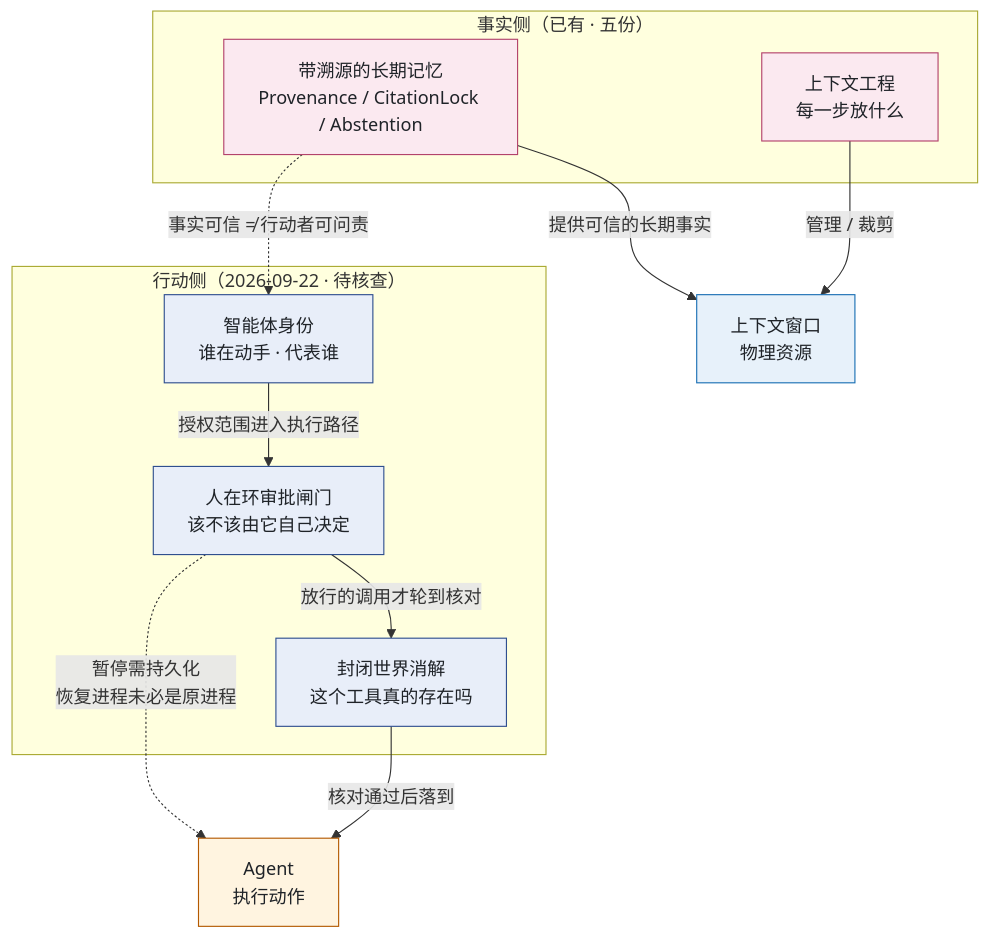
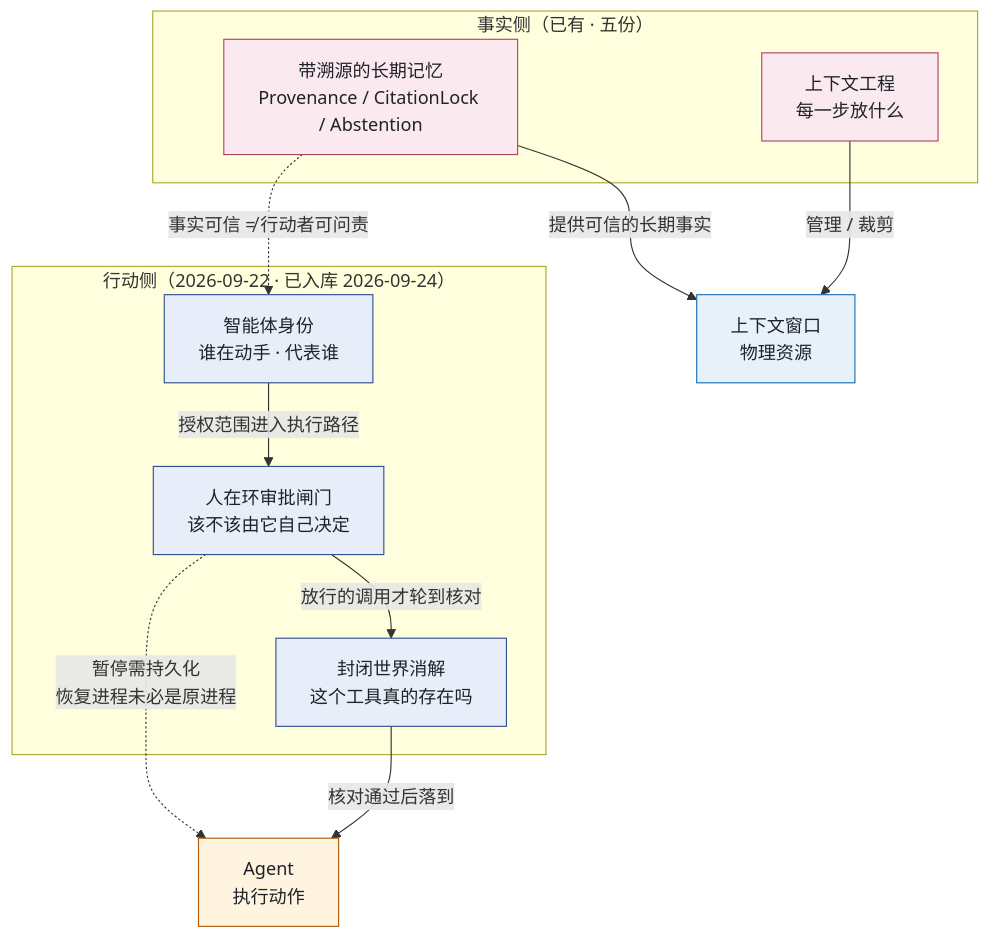
The sixth of 6 diagrams in concept-relationship.md (ohh0525/silent-madman), drawn with Mermaid before and after one commit. The commit also changed 17 other files, not shown here.

````diff
--- a/concept-relationship.md
+++ b/concept-relationship.md
@@ -309,32 +309,32 @@
 ```mermaid
 flowchart TB
     subgraph Fact["事实侧（已有 · 五份）"]
         PM["带溯源的长期记忆<br/>Provenance / CitationLock / Abstention"]
         CE["上下文工程<br/>每一步放什么"]
     end
 
-    subgraph Action["行动侧（2026-09-22 · 待核查）"]
+    subgraph Action["行动侧（2026-09-22 · 已入库 2026-09-24）"]
         ID["智能体身份<br/>谁在动手 · 代表谁"]
         HITL["人在环审批闸门<br/>该不该由它自己决定"]
         RES["封闭世界消解<br/>这个工具真的存在吗"]
     end
 
     CW["上下文窗口<br/>物理资源"]
 
     CE -->|"管理 / 裁剪"| CW
     PM -->|"提供可信的长期事实"| CW
     PM -.->|"事实可信 ≠ 行动者可问责"| ID
     ID -->|"授权范围进入执行路径"| HITL
     HITL -->|"放行的调用才轮到核对"| RES
     RES -->|"核对通过后落到"| AG["Agent<br/>执行动作"]
     HITL -.->|"暂停需持久化<br/>恢复进程未必是原进程"| AG
 
     classDef fact fill:#fbe9f0,stroke:#b3426b,color:#1f2328
     classDef act fill:#e8eef9,stroke:#2f4f8f,color:#1f2328
     classDef ctx fill:#e7f1fa,stroke:#1a6fb4,color:#1f2328
     classDef agent fill:#fff4e0,stroke:#b35900,color:#1f2328
     class PM,CE fact
     class ID,HITL,RES act
     class CW ctx
     class AG agent
 ```
````
